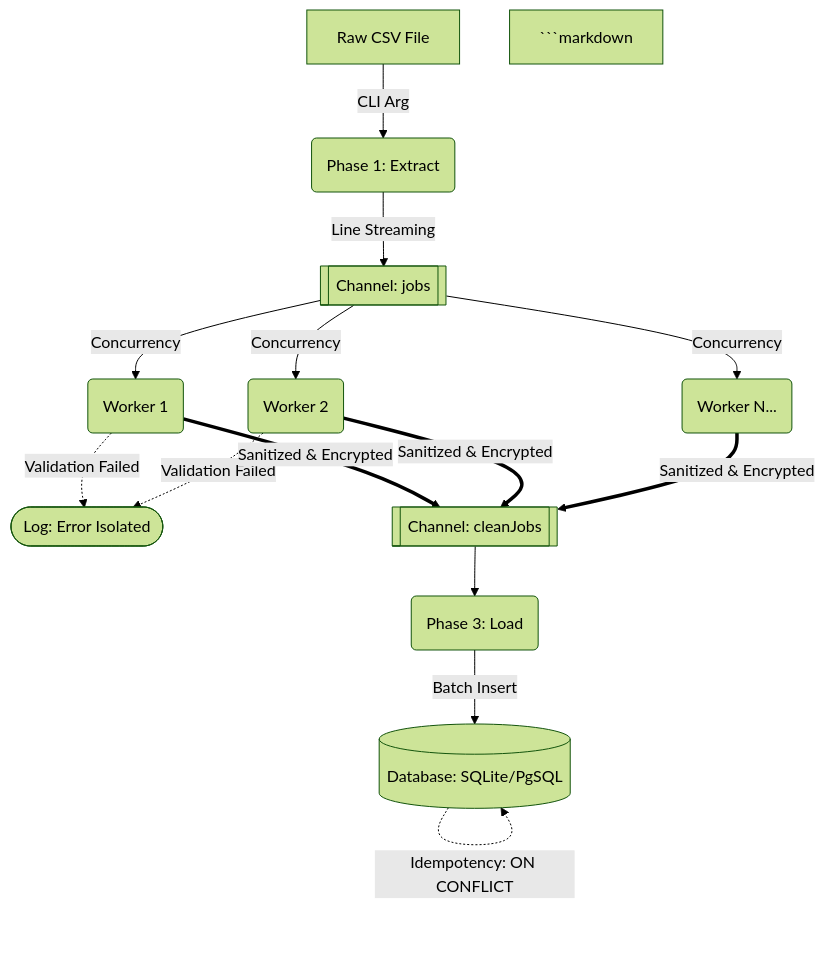
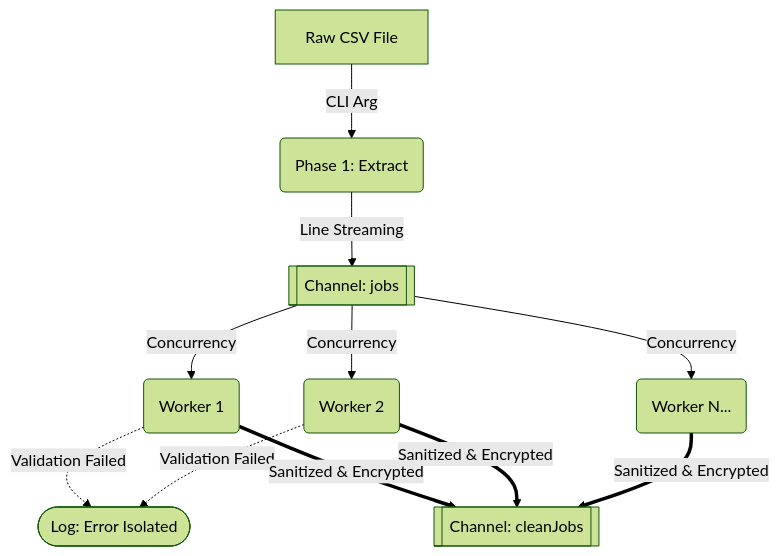
The diagram in README.md (SanjiTriste/AegisStream), drawn with Mermaid (forest theme) before and after one commit.

````diff
--- a/README.md
+++ b/README.md
@@ -24,21 +24,17 @@
 ```mermaid
 flowchart TD
     A[Raw CSV File] -->|CLI Arg| B(Phase 1: Extract)
     B -->|Line Streaming| C[[Channel: jobs]]
     
     C -->|Concurrency| D1(Worker 1)
     C -->|Concurrency| D2(Worker 2)
     C -->|Concurrency| D3(Worker N...)
     
     D1 -.->|Validation Failed| E([Log: Error Isolated])
     D2 -.->|Validation Failed| E
     
     D1 ==>|Sanitized & Encrypted| F[[Channel: cleanJobs]]
     D2 ==>|Sanitized & Encrypted| F
     D3 ==>|Sanitized & Encrypted| F
     
-   ```markdown
-    F --> G(Phase 3: Load)
-    G -->|Batch Insert| H[(Database: SQLite/PgSQL)]
-    H -.->|Idempotency: ON CONFLICT| H
-```
+   ```
````
